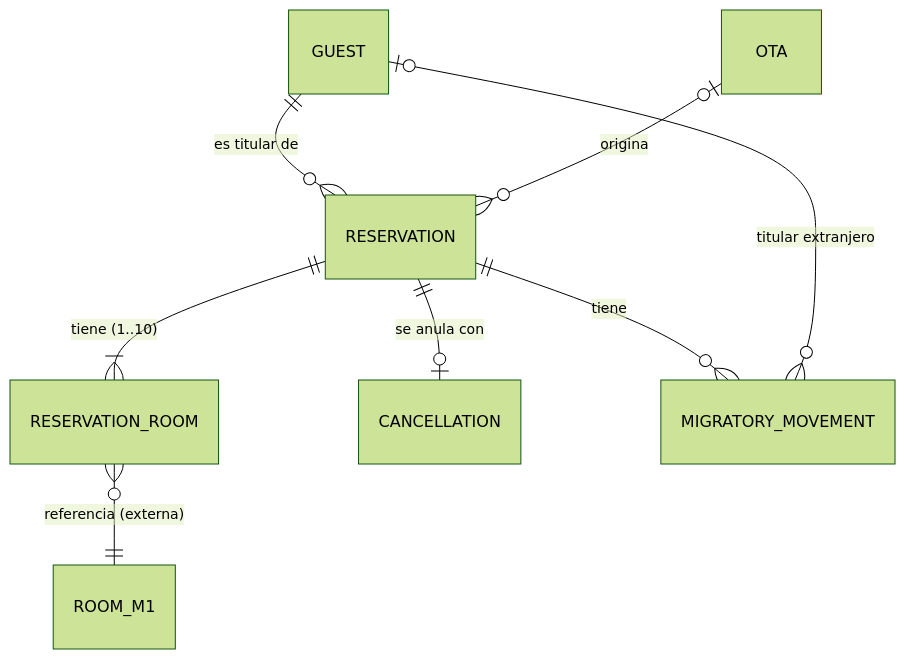
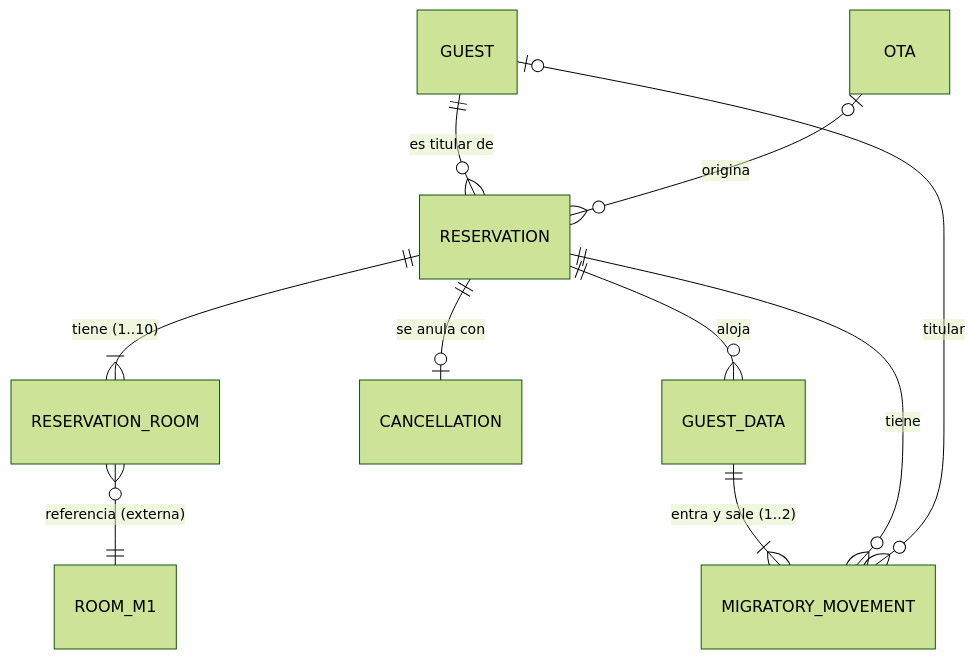
One commit to Lapicero312-lapi/HOSPITUA-MOD-2 changed the diagram in specs/base/plan.md. Above: the diagram before and after it, drawn with Mermaid (forest theme). The commit also changed other lines of this file, not shown here.

Commit message:
docs(specs): el plan base se alinea con el diseño nuevo de huéspedes (sin cola de extranjeros ni ForeignGuestData)

````diff
--- a/specs/base/plan.md
+++ b/specs/base/plan.md
@@ -213,10 +212,12 @@
 ```mermaid
 erDiagram
     GUEST ||--o{ RESERVATION : "es titular de"
     OTA |o--o{ RESERVATION : "origina"
     RESERVATION ||--|{ RESERVATION_ROOM : "tiene (1..10)"
     RESERVATION ||--o| CANCELLATION : "se anula con"
+    RESERVATION ||--o{ GUEST_DATA : "aloja"
+    GUEST_DATA ||--|{ MIGRATORY_MOVEMENT : "entra y sale (1..2)"
     RESERVATION ||--o{ MIGRATORY_MOVEMENT : "tiene"
-    GUEST |o--o{ MIGRATORY_MOVEMENT : "titular extranjero"
+    GUEST |o--o{ MIGRATORY_MOVEMENT : "titular"
     RESERVATION_ROOM }o--|| ROOM_M1 : "referencia (externa)"
 ```
````
